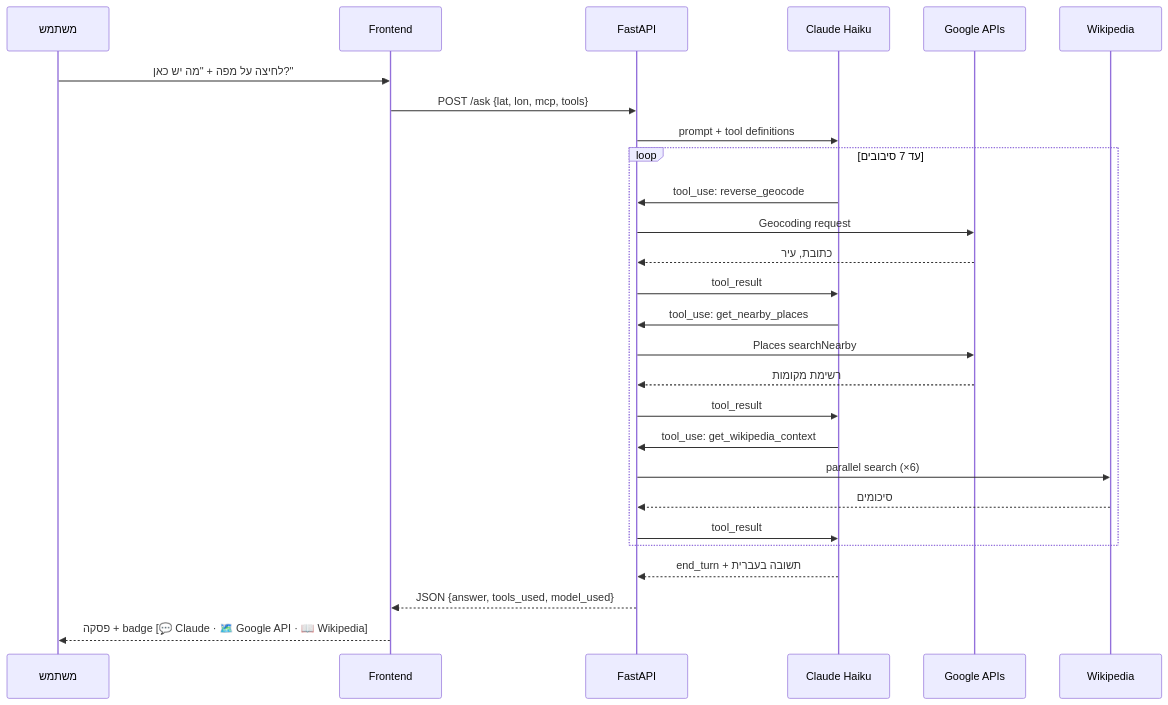
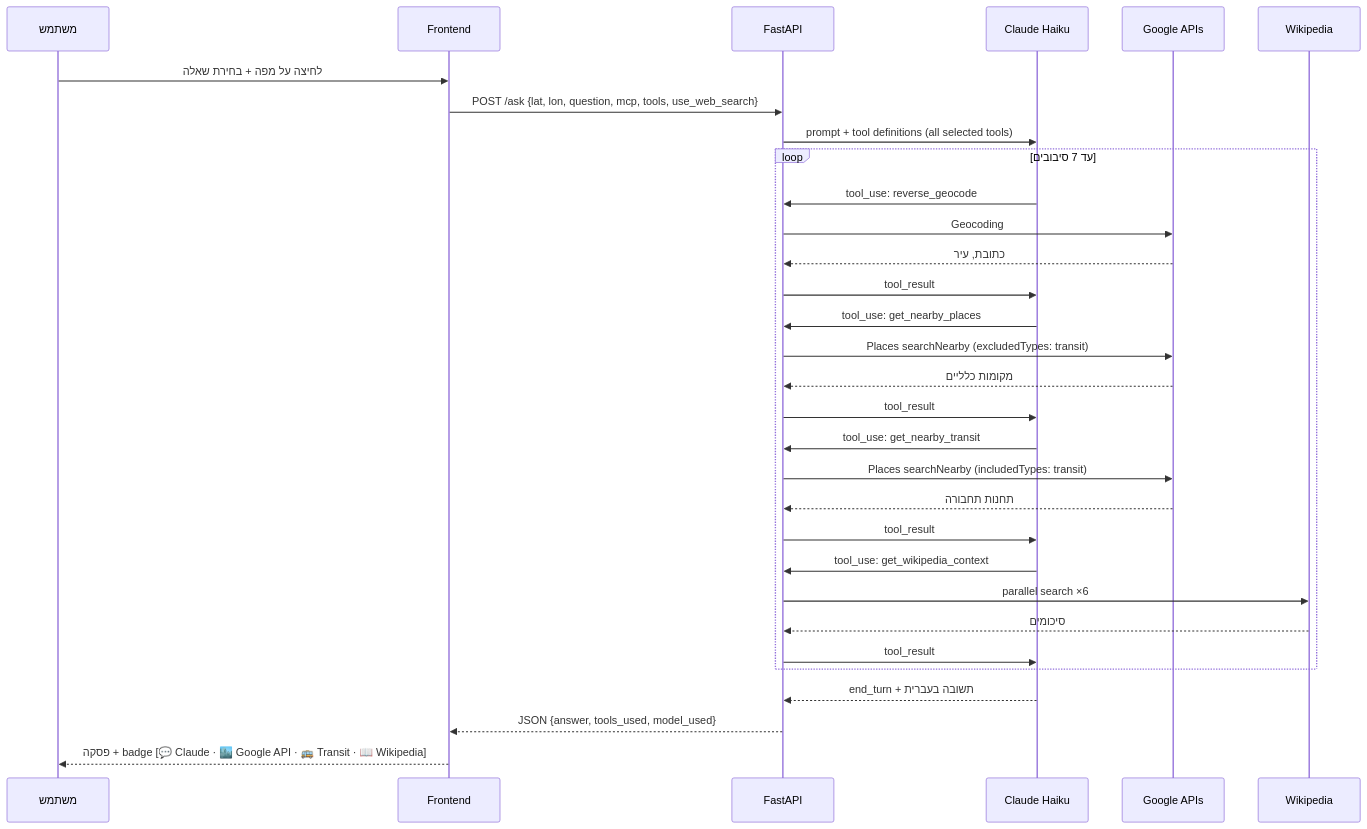
One commit to DadashevG/DanGeoChat changed the second of 3 diagrams in FLOW.md. Above: the diagram before and after it, drawn with Mermaid. The commit also changed other lines of this file and 4 other files, not shown here.

Commit message:
End of Stage A — split Places into general/transit, dual question buttons, updated docs

````diff
--- a/FLOW.md
+++ b/FLOW.md
@@ -63,34 +65,39 @@
 ```mermaid
 sequenceDiagram
     participant U as משתמש
     participant FE as Frontend
     participant API as FastAPI
     participant C as Claude Haiku
     participant G as Google APIs
     participant W as Wikipedia
 
-    U->>FE: לחיצה על מפה + "מה יש כאן?"
-    FE->>API: POST /ask {lat, lon, mcp, tools}
-    API->>C: prompt + tool definitions
+    U->>FE: לחיצה על מפה + בחירת שאלה
+    FE->>API: POST /ask {lat, lon, question, mcp, tools, use_web_search}
+    API->>C: prompt + tool definitions (all selected tools)
 
     loop עד 7 סיבובים
         C->>API: tool_use: reverse_geocode
-        API->>G: Geocoding request
+        API->>G: Geocoding
         G-->>API: כתובת, עיר
         API->>C: tool_result
 
         C->>API: tool_use: get_nearby_places
-        API->>G: Places searchNearby
-        G-->>API: רשימת מקומות
+        API->>G: Places searchNearby (excludedTypes: transit)
+        G-->>API: מקומות כלליים
+        API->>C: tool_result
+
+        C->>API: tool_use: get_nearby_transit
+        API->>G: Places searchNearby (includedTypes: transit)
+        G-->>API: תחנות תחבורה
         API->>C: tool_result
 
         C->>API: tool_use: get_wikipedia_context
-        API->>W: parallel search (×6)
+        API->>W: parallel search ×6
         W-->>API: סיכומים
         API->>C: tool_result
     end
 
     C-->>API: end_turn + תשובה בעברית
     API-->>FE: JSON {answer, tools_used, model_used}
-    FE-->>U: פסקה + badge [💬 Claude · 🗺️ Google API · 📖 Wikipedia]
+    FE-->>U: פסקה + badge [💬 Claude · 🏙️ Google API · 🚌 Transit · 📖 Wikipedia]
 ```
````
